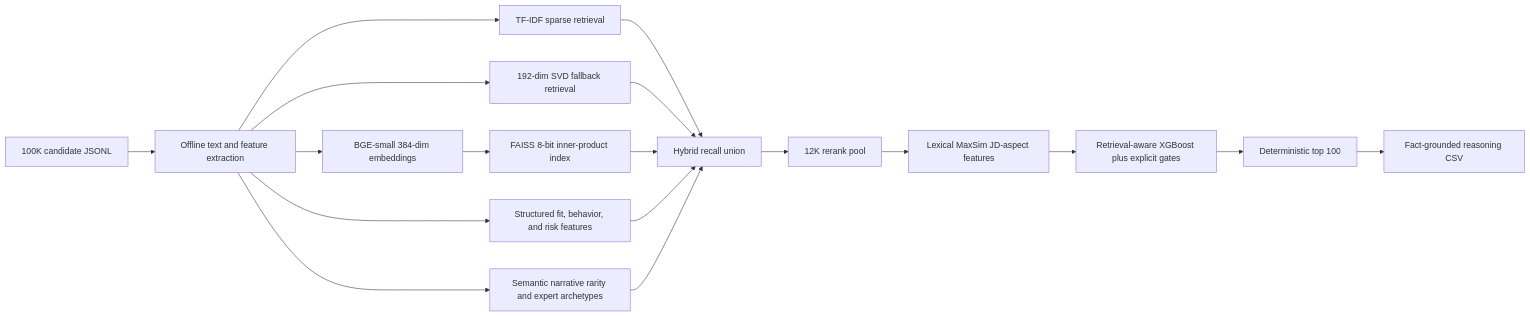
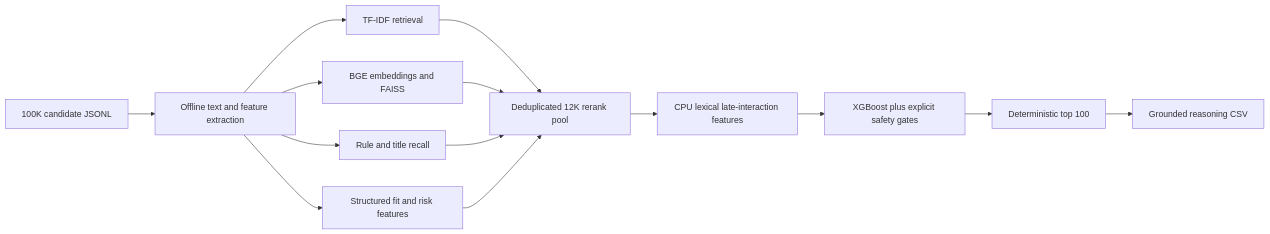
Before and after one commit to POPPz07/redrob_ai_challenge: the diagram in README.md, drawn with Mermaid. The commit also changed other lines of this file, not shown here.

````diff
--- a/README.md
+++ b/README.md
@@ -38,20 +36,16 @@
 ```mermaid
 flowchart LR
     A["100K candidate JSONL"] --> B["Offline text and feature extraction"]
-    B --> C["TF-IDF sparse retrieval"]
-    B --> D["192-dim SVD fallback retrieval"]
-    B --> E["BGE-small 384-dim embeddings"]
-    E --> F["FAISS 8-bit inner-product index"]
-    B --> G["Structured fit, behavior, and risk features"]
-    B --> G2["Semantic narrative rarity and expert archetypes"]
-    C --> H["Hybrid recall union"]
-    D --> H
-    F --> H
-    G --> H
-    G2 --> H
-    H --> I["12K rerank pool"]
-    I --> J["Lexical MaxSim JD-aspect features"]
-    J --> K["Retrieval-aware XGBoost plus explicit gates"]
-    K --> L["Deterministic top 100"]
-    L --> M["Fact-grounded reasoning CSV"]
+    B --> C["TF-IDF retrieval"]
+    B --> D["BGE embeddings and FAISS"]
+    B --> E["Rule and title recall"]
+    B --> F["Structured fit and risk features"]
+    C --> G["Deduplicated 12K rerank pool"]
+    D --> G
+    E --> G
+    F --> G
+    G --> H["CPU lexical late-interaction features"]
+    H --> I["XGBoost plus explicit safety gates"]
+    I --> J["Deterministic top 100"]
+    J --> K["Grounded reasoning CSV"]
 ```
````
